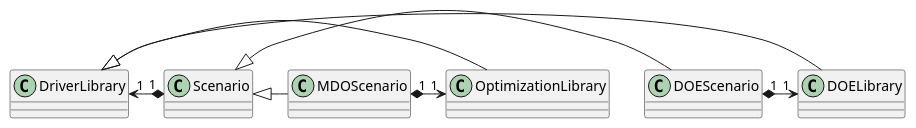
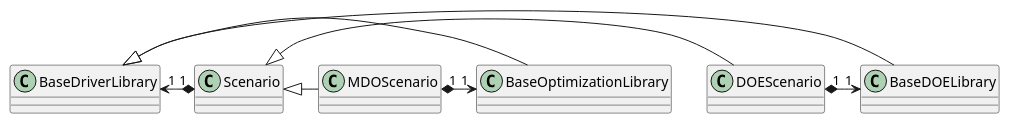
Before and after one commit to gemseo/gemseo: the fourth of 5 diagrams in doc_src/software/system_architecture.rst, drawn with PlantUML. The commit also changed other lines of this file and 85 other files, not shown here.

```diff
--- a/doc_src/software/system_architecture.rst
+++ b/doc_src/software/system_architecture.rst
@@ -315,24 +315,24 @@
 .. uml::
 
    @startuml
    class Scenario {
    }
-   class DriverLibrary {
+   class BaseDriverLibrary {
    }
-   class DOELibrary {
+   class BaseDOELibrary {
    }
-   class OptimizationLibrary {
+   class BaseOptimizationLibrary {
    }
    class MDOScenario {
    }
    class DOEScenario {
    }
 
-   DOELibrary -up|> DriverLibrary
-   OptimizationLibrary -up|> DriverLibrary
-   Scenario "1" *-up> "1" DriverLibrary
-   DOEScenario "1" *-> "1" DOELibrary
-   MDOScenario "1" *-> "1" OptimizationLibrary
+   BaseDOELibrary -up|> BaseDriverLibrary
+   BaseOptimizationLibrary -up|> BaseDriverLibrary
+   Scenario "1" *-up> "1" BaseDriverLibrary
+   DOEScenario "1" *-> "1" BaseDOELibrary
+   MDOScenario "1" *-> "1" BaseOptimizationLibrary
    MDOScenario -up|> Scenario
    DOEScenario -up|> Scenario
    @end uml
```
